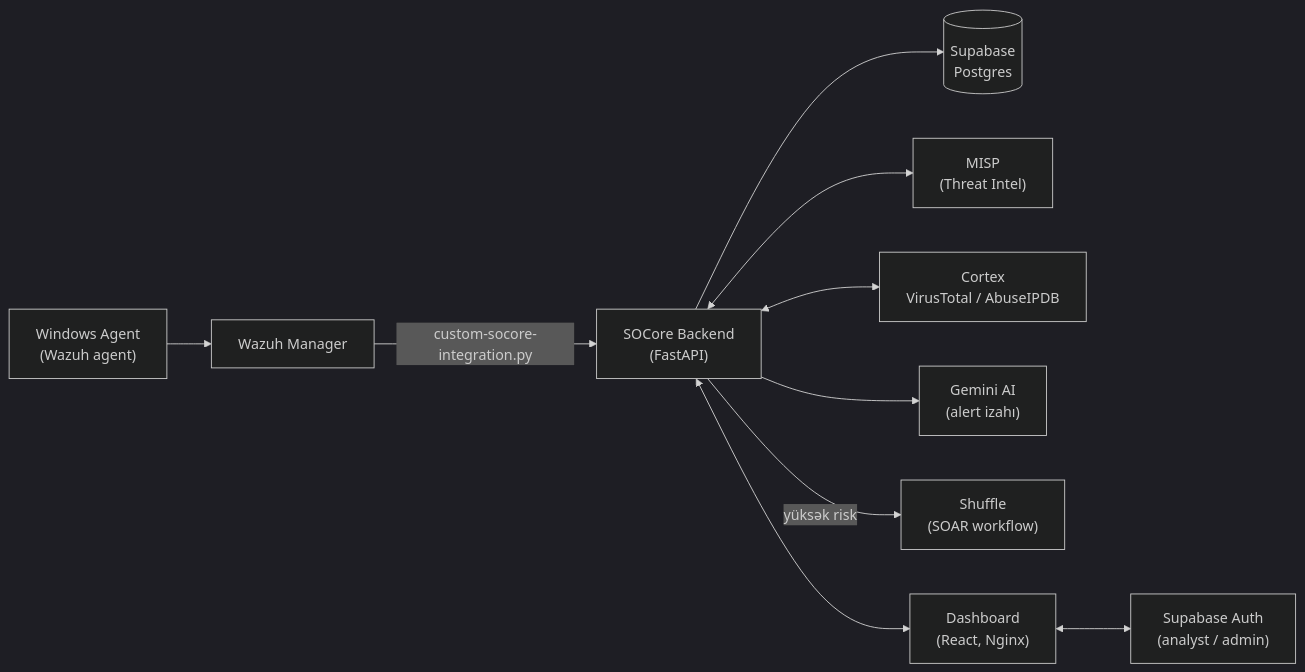
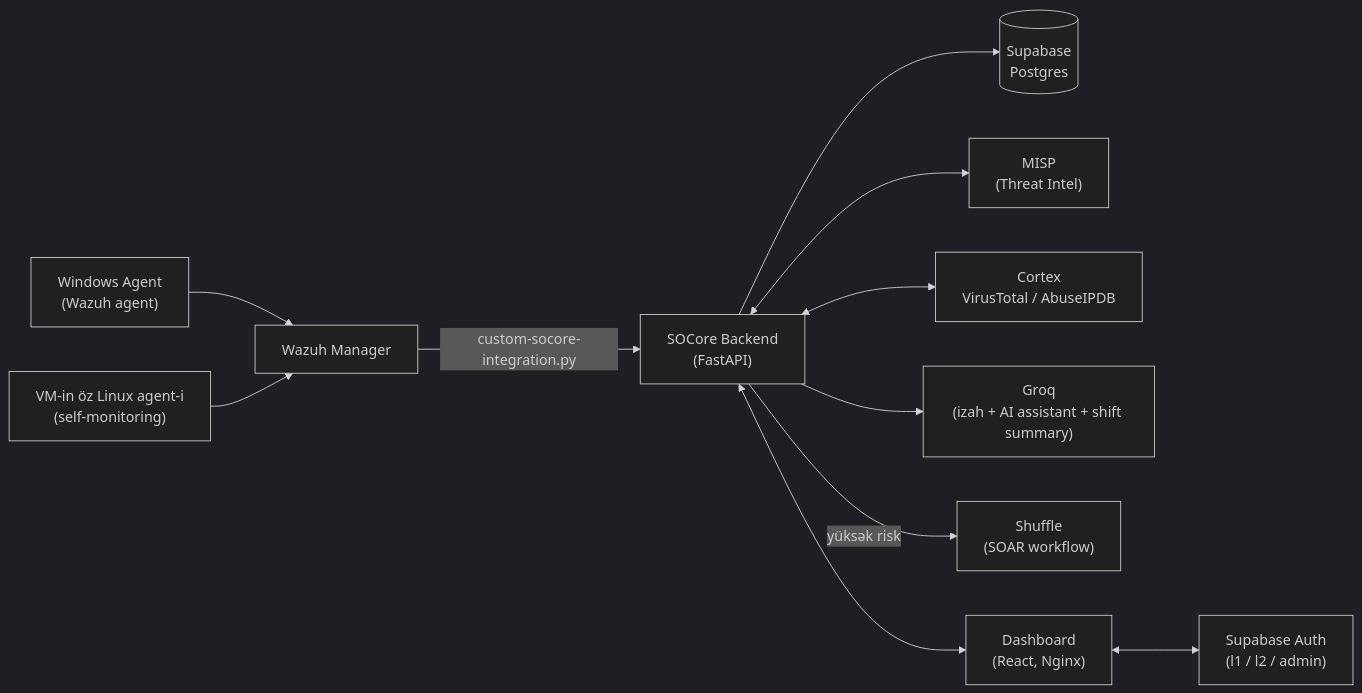
The diagram in README.md (wondersofcode/SOCore), drawn with Mermaid (dark theme) before and after one commit. The commit also changed other lines of this file and 2 other files, not shown here.

First line of the commit message:
Update README content: Gemini -> Groq, document current features

````diff
--- a/README.md
+++ b/README.md
@@ -38,12 +38,13 @@
 ```mermaid
 flowchart LR
-    Agent["Windows Agent\n(Wazuh agent)"] --> Manager["Wazuh Manager"]
+    WinAgent["Windows Agent\n(Wazuh agent)"] --> Manager["Wazuh Manager"]
+    VMAgent["VM-in öz Linux agent-i\n(self-monitoring)"] --> Manager
     Manager -->|"custom-socore-integration.py"| Backend["SOCore Backend\n(FastAPI)"]
     Backend --> DB[("Supabase\nPostgres")]
     Backend <--> MISP["MISP\n(Threat Intel)"]
     Backend <--> Cortex["Cortex\nVirusTotal / AbuseIPDB"]
-    Backend --> Gemini["Gemini AI\n(alert izahı)"]
+    Backend --> Groq["Groq\n(izah + AI assistant + shift summary)"]
     Backend -->|"yüksək risk"| Shuffle["Shuffle\n(SOAR workflow)"]
     Backend <--> Dashboard["Dashboard\n(React, Nginx)"]
-    Dashboard <--> Auth["Supabase Auth\n(analyst / admin)"]
+    Dashboard <--> Auth["Supabase Auth\n(l1 / l2 / admin)"]
 ```
````
